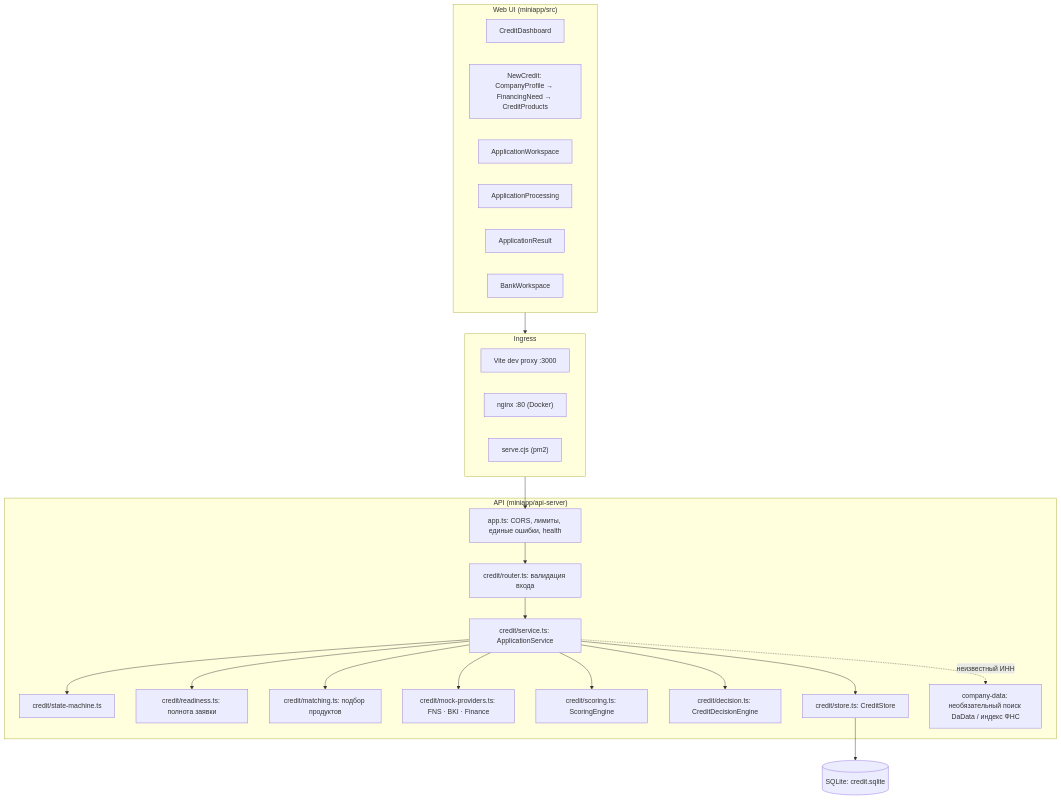
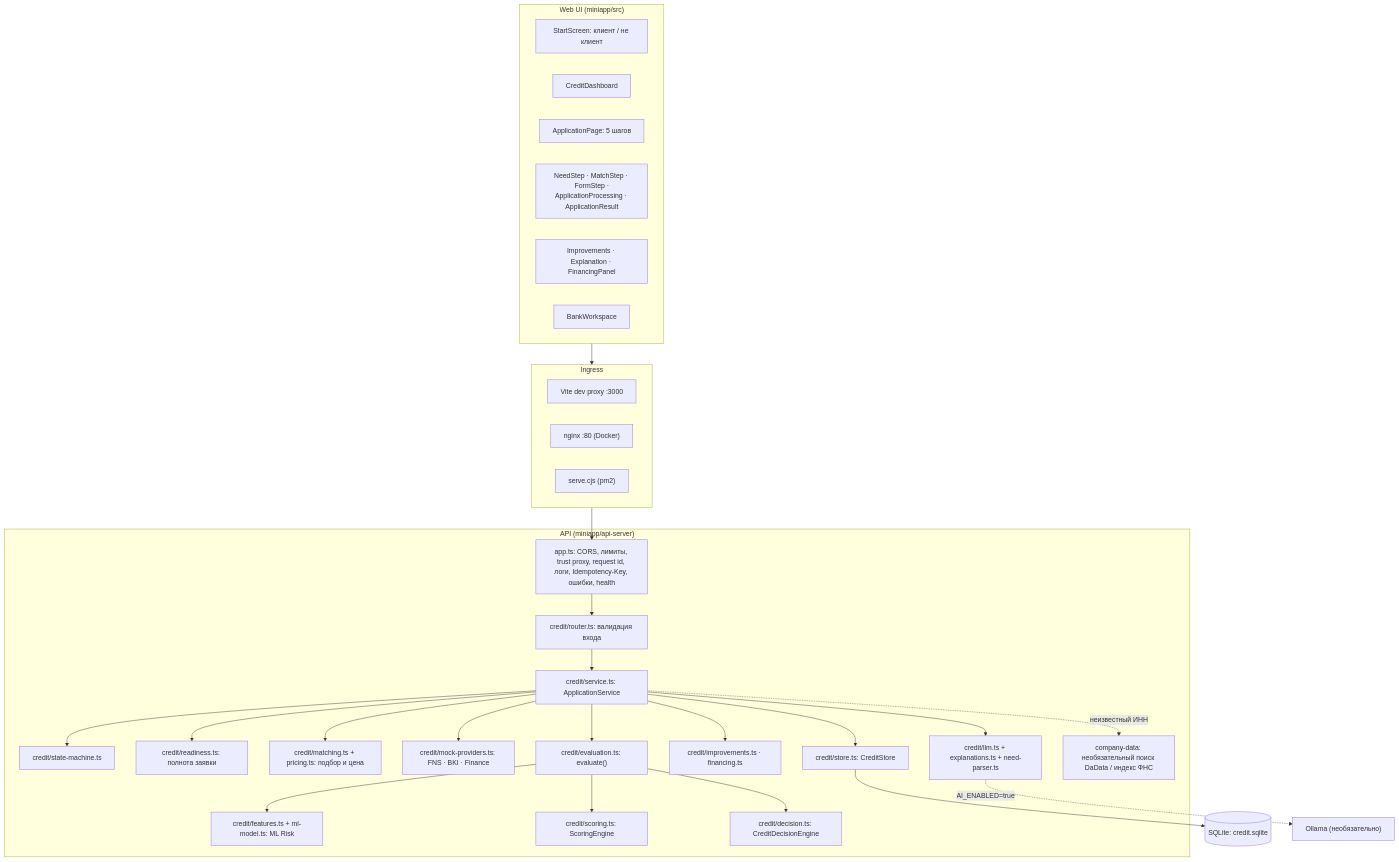
One commit to Deniskish/ALPHA_HACKATHON changed the first of 3 diagrams in docs/architecture.md. Above: the diagram before and after it, drawn with Mermaid. The commit also changed other lines of this file and 104 other files, not shown here.

````diff
--- a/docs/architecture.md
+++ b/docs/architecture.md
@@ -8,34 +10,40 @@
 ```mermaid
 flowchart TB
   subgraph Client["Web UI (miniapp/src)"]
+    Start["StartScreen: клиент / не клиент"]
     Dash["CreditDashboard"]
-    New["NewCredit: CompanyProfile → FinancingNeed → CreditProducts"]
-    WS["ApplicationWorkspace"]
-    Proc["ApplicationProcessing"]
-    Res["ApplicationResult"]
+    Page["ApplicationPage: 5 шагов"]
+    Steps["NeedStep · MatchStep · FormStep ·<br/>ApplicationProcessing · ApplicationResult"]
+    Imp["Improvements · Explanation · FinancingPanel"]
     Bank["BankWorkspace"]
   end
   subgraph Ingress["Ingress"]
     Vite["Vite dev proxy :3000"]
     Nginx["nginx :80 (Docker)"]
     Serve["serve.cjs (pm2)"]
   end
   subgraph API["API (miniapp/api-server)"]
-    App["app.ts: CORS, лимиты, единые ошибки, health"]
+    App["app.ts: CORS, лимиты, trust proxy, request id, логи, Idempotency-Key, ошибки, health"]
     Router["credit/router.ts: валидация входа"]
     Service["credit/service.ts: ApplicationService"]
     SM["credit/state-machine.ts"]
     Ready["credit/readiness.ts: полнота заявки"]
-    Match["credit/matching.ts: подбор продуктов"]
+    Match["credit/matching.ts + pricing.ts: подбор и цена"]
     Mocks["credit/mock-providers.ts: FNS · BKI · Finance"]
+    Eval["credit/evaluation.ts: evaluate()"]
+    ML["credit/features.ts + ml-model.ts: ML Risk"]
     Score["credit/scoring.ts: ScoringEngine"]
     Decide["credit/decision.ts: CreditDecisionEngine"]
+    Imp2["credit/improvements.ts · financing.ts"]
+    LLM["credit/llm.ts + explanations.ts + need-parser.ts"]
     Store["credit/store.ts: CreditStore"]
     Company["company-data: необязательный поиск DaData / индекс ФНС"]
   end
   DB[("SQLite: credit.sqlite")]
   Client --> Ingress --> App --> Router --> Service
-  Service --> SM & Ready & Match & Mocks & Score & Decide & Store
+  Service --> SM & Ready & Match & Mocks & Eval & Imp2 & LLM & Store
+  Eval --> ML & Score & Decide
+  LLM -. "AI_ENABLED=true" .-> Ollama["Ollama (необязательно)"]
   Service -. "неизвестный ИНН" .-> Company
   Store --> DB
 ```
````
